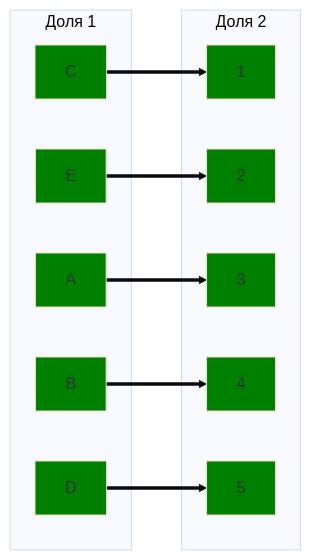
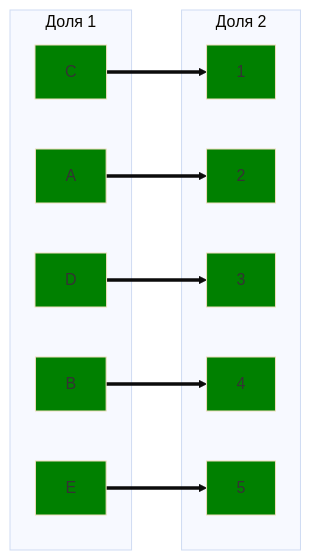
The eighth of 8 diagrams in task-8/second-task-8.md (hse-algo-24-owl/manual-tasks-owl), drawn with Mermaid (base theme) before and after one commit. The commit also changed other lines of this file, not shown here.

````diff
--- a/task-8/second-task-8.md
+++ b/task-8/second-task-8.md
@@ -296,32 +226,32 @@
 ```mermaid
 graph LR
     subgraph "Доля 1"
         A[A]
         B[B]
         C[C]
         D[D]
         E[E]
     end
     subgraph "Доля 2"
         1[1]
         2[2]
         3[3]
         4[4]
         5[5]
     end
-    A ==> 3
+    A ==> 2
     B ==> 4
     C ==> 1
-    D ==> 5
-    E ==> 2
+    D ==> 3
+    E ==> 5
     style A fill:#008000
     style B fill:#008000
     style C fill:#008000
     style D fill:#008000
     style E fill:#008000
     style 1 fill:#008000
     style 2 fill:#008000
     style 3 fill:#008000
     style 4 fill:#008000
     style 5 fill:#008000
 ```
````
